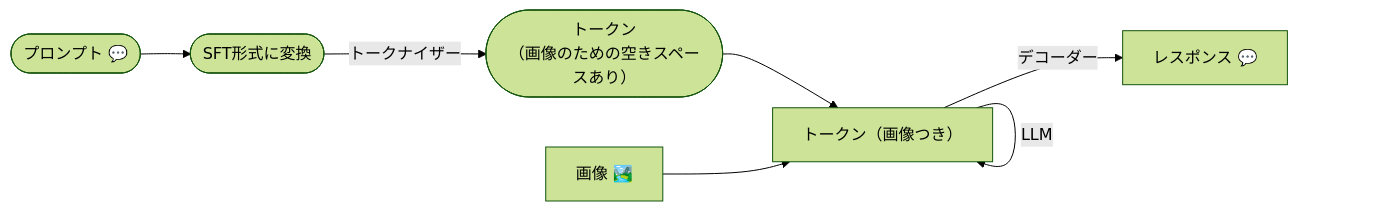
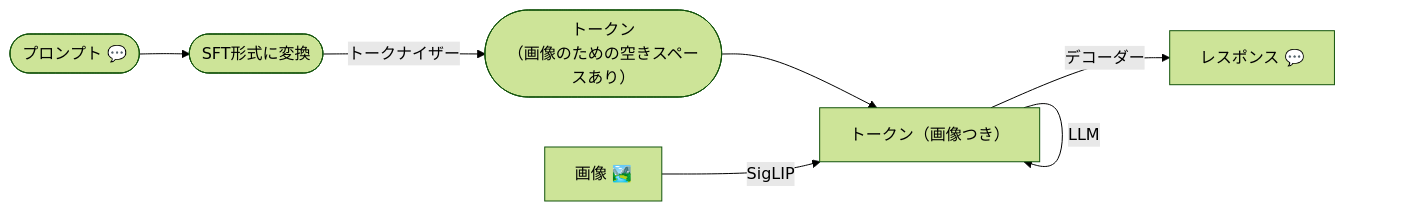
Before and after one commit to xhiroga/talks: the first of 2 diagrams in 2025-02-11/slides.md, drawn with Mermaid (forest theme). The commit also changed other lines of this file, not shown here.

````diff
--- a/2025-02-11/slides.md
+++ b/2025-02-11/slides.md
@@ -76,12 +78,12 @@
 ```mermaid
 flowchart LR
     t([プロンプト 💬])
     i[画像 🏞️]
     t-->sft([SFT形式に変換])
     sft--トークナイザー-->token_without_image([トークン<br/>（画像のための空きスペースあり）])
     token_without_image-->token[トークン（画像つき）]
-    i-->token
+    i--SigLIP-->token
     
     token--LLM-->token
     token -- デコーダー--> res[レスポンス 💬]
 ```
````
